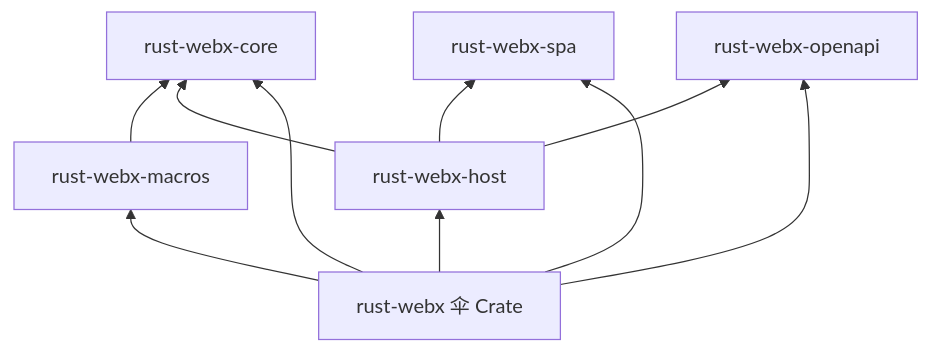
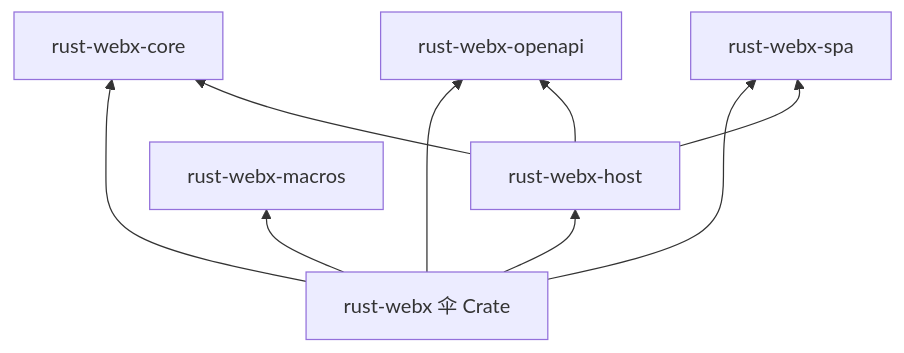
One commit to Rust-Framework/rust-webx changed the diagram in docs/rust-webx/01-introduction/ecosystem-overview.md. Above: the diagram before and after it, drawn with Mermaid. The commit also changed other lines of this file and 81 other files, not shown here.

````diff
--- a/docs/rust-webx/01-introduction/ecosystem-overview.md
+++ b/docs/rust-webx/01-introduction/ecosystem-overview.md
@@ -34,19 +26,18 @@
 ```mermaid
 graph BT
     Webapp[rust-webx 伞 Crate]
     Core[rust-webx-core]
     Host[rust-webx-host]
     Macros[rust-webx-macros]
     SPA[rust-webx-spa]
     OpenAPI[rust-webx-openapi]
 
     Webapp --> Core
     Webapp --> Host
     Webapp --> Macros
     Webapp --> SPA
     Webapp --> OpenAPI
     Host --> Core
     Host --> OpenAPI
     Host --> SPA
-    Macros --> Core
 ```
````
